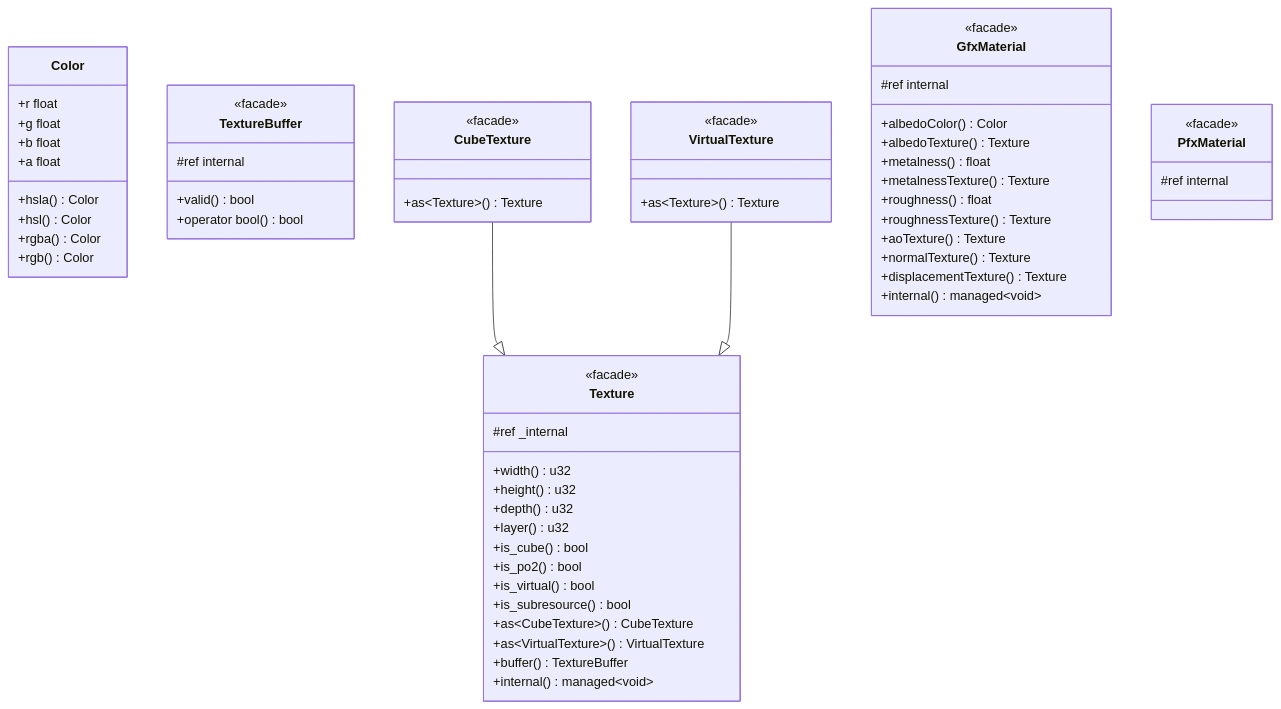
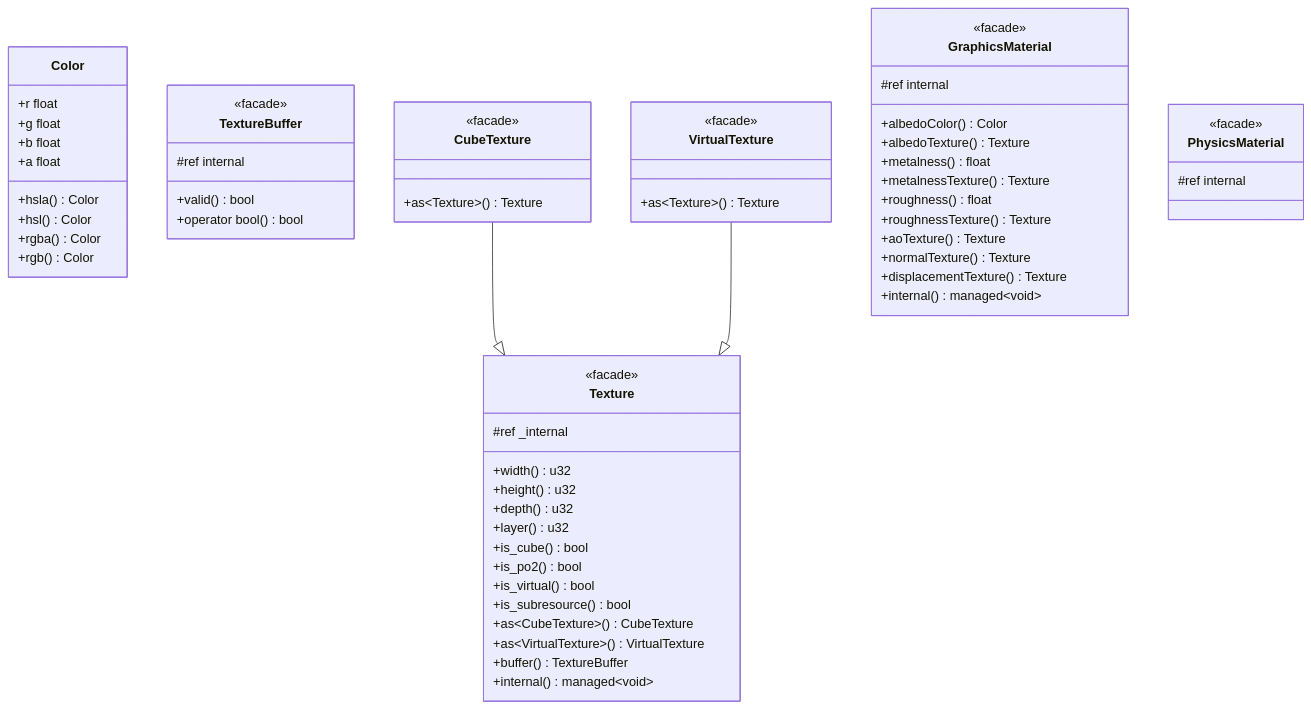
Before and after one commit to Heliogrim/Heliogrim-Engine: diagram 23 of 41 in docs/concept.md, drawn with Mermaid. The commit also changed 70 other files, not shown here.

Commit message:
refactor(assets): spell out gfx and pfx material and stage names

```diff
--- a/docs/concept.md
+++ b/docs/concept.md
@@ -1052,7 +1052,7 @@
         +as~Texture~() Texture
     }
 
-    class GfxMaterial {
+    class GraphicsMaterial {
         <<facade>>
         #ref<InternalMaterial> internal
 
@@ -1072,7 +1072,7 @@
         +internal() managed~void~
     }
 
-    class PfxMaterial {
+    class PhysicsMaterial {
         <<facade>>
         #ref<InternalMaterial> internal
     }
```
